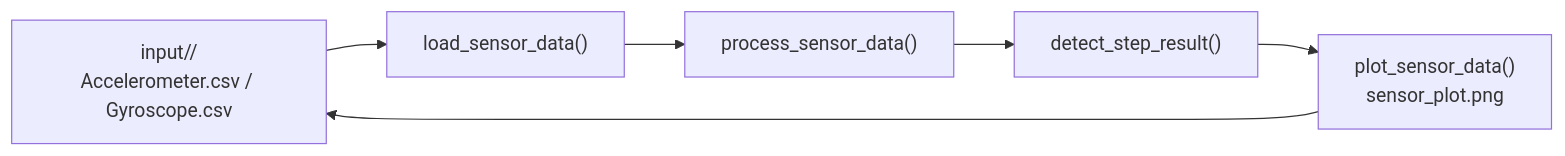
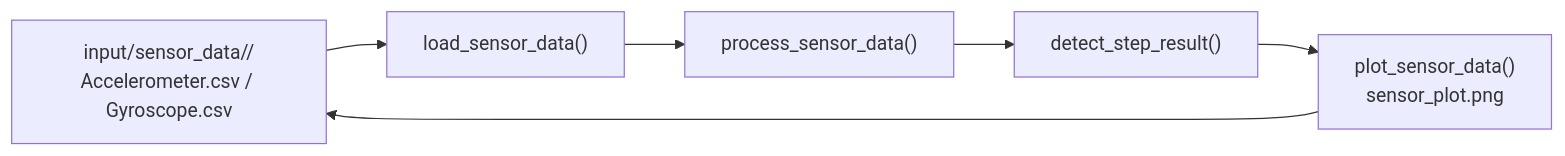
Before and after one commit to kajiLabTeam/rikka: the second of 2 diagrams in README.md, drawn with Mermaid. The commit also changed other lines of this file and 11 other files, not shown here.

````diff
--- a/README.md
+++ b/README.md
@@ -149,8 +158,8 @@
 ```mermaid
 flowchart LR
-    input["input/<data_dir>/\nAccelerometer.csv / Gyroscope.csv"] --> load["load_sensor_data()"]
+    input["input/sensor_data/<data_dir>/\nAccelerometer.csv / Gyroscope.csv"] --> load["load_sensor_data()"]
     load --> preprocess["process_sensor_data()"]
     preprocess --> detect["detect_step_result()"]
     detect --> sensor_plot["plot_sensor_data()\nsensor_plot.png"]
     sensor_plot --> input
 ```
````
